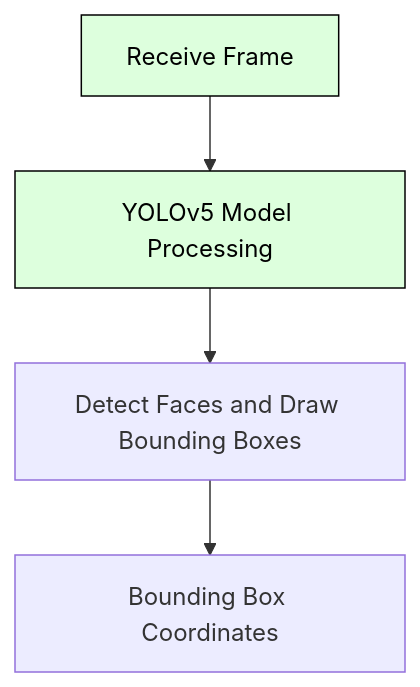
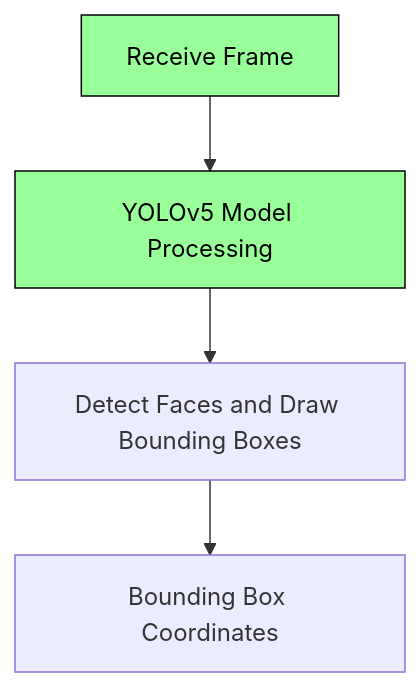
One commit to Tharun-selladurai/face_liveliness_web_platform changed the second of 6 diagrams in README.md. Above: the diagram before and after it, drawn with Mermaid. The commit also changed other lines of this file, not shown here.

````diff
--- a/README.md
+++ b/README.md
@@ -84,10 +79,10 @@
 ```mermaid
 %%{init: {'theme': 'default', 'themeVariables': {'edgeLabelBackground':'#ffffff', 'tertiaryColor':'#ffffff'}}}%%
 graph TD;
     A[Receive Frame] --> B[YOLOv5 Model Processing]
     B --> C[Detect Faces and Draw Bounding Boxes]
     C --> D[Bounding Box Coordinates]
     
-    classDef detect fill:#ddffdd,stroke:#000000,color:#000000;
+    classDef detect fill:#99ff99,stroke:#000000,color:#000000;
     class A,B detect;
 ```
````
